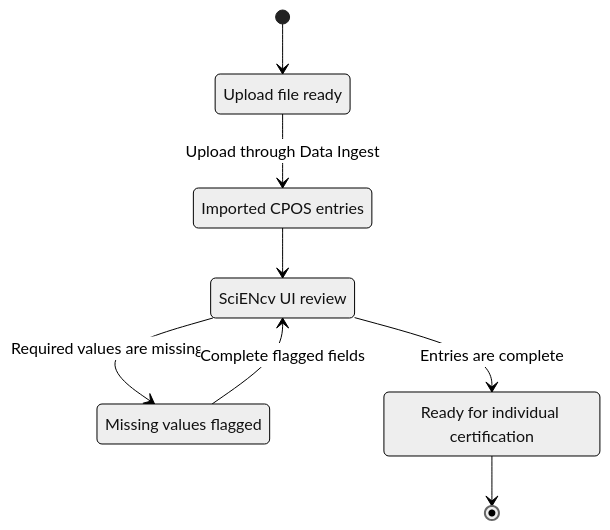
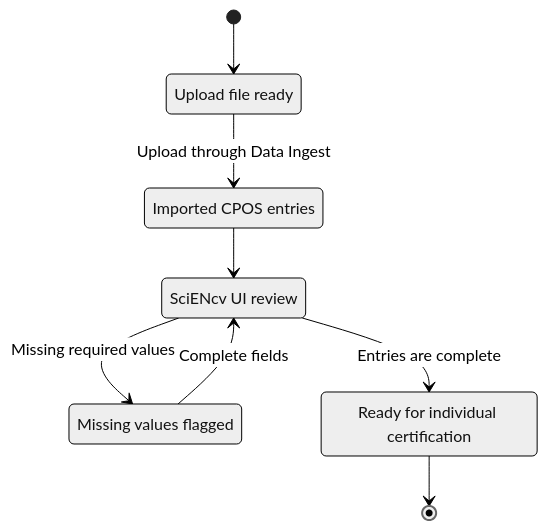
One commit to FritscheLab/nih-sciencv-playbook changed the first of 2 diagrams in docs/other-support/xml-upload/overview.md. Above: the diagram before and after it, drawn with Mermaid (neutral theme). The commit also changed 12 other files, not shown here.

Commit message:
feat: enhance Mermaid diagrams for improved accessibility and readability

````diff
--- a/docs/other-support/xml-upload/overview.md
+++ b/docs/other-support/xml-upload/overview.md
@@ -29,18 +29,18 @@
 ```mermaid
 stateDiagram-v2
     direction TB
     accTitle: CPOS XML upload review loop
     accDescr: A prepared XML file becomes imported CPOS entries. SciENcv review either identifies missing values that must be completed and reviewed again or reaches the certification-ready state.
     state "Upload file ready" as UploadReady
     state "Imported CPOS entries" as Imported
     state "SciENcv UI review" as Review
     state "Missing values flagged" as Incomplete
     state "Ready for individual certification" as Ready
     [*] --> UploadReady
     UploadReady --> Imported: Upload through Data Ingest
     Imported --> Review
-    Review --> Incomplete: Required values are missing
-    Incomplete --> Review: Complete flagged fields
+    Review --> Incomplete: Missing required values
+    Incomplete --> Review: Complete fields
     Review --> Ready: Entries are complete
     Ready --> [*]
 ```
````
